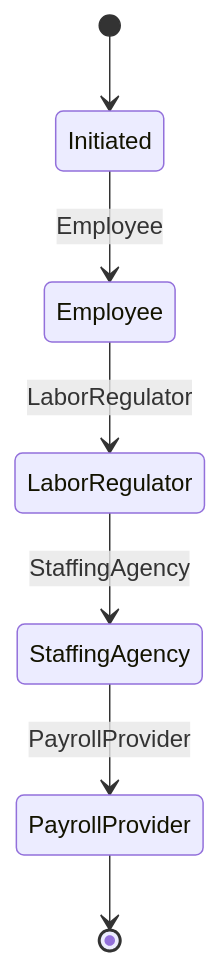
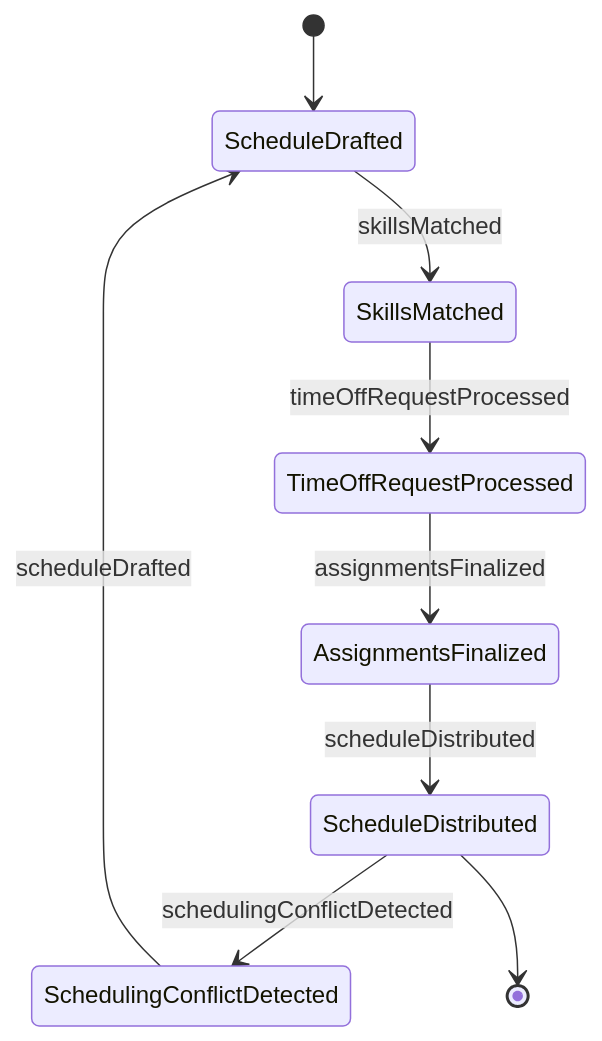
The second of 4 diagrams in GuidingDirectingAndMotivatingSubordinates/AssignWorkToOthers/PrepareStaffSchedulesWorkAssignments.mdx (dot-org-ai/tasks.org.ai), drawn with Mermaid before and after one commit. The commit also changed other lines of this file and 515 other files, not shown here.

````diff
--- a/GuidingDirectingAndMotivatingSubordinates/AssignWorkToOthers/PrepareStaffSchedulesWorkAssignments.mdx
+++ b/GuidingDirectingAndMotivatingSubordinates/AssignWorkToOthers/PrepareStaffSchedulesWorkAssignments.mdx
@@ -98,9 +97,11 @@
 ```mermaid
 stateDiagram-v2
-    [*] --> Initiated
-    Initiated --> Employee: Employee
-    Employee --> LaborRegulator: LaborRegulator
-    LaborRegulator --> StaffingAgency: StaffingAgency
-    StaffingAgency --> PayrollProvider: PayrollProvider
-    PayrollProvider --> [*]
+    [*] --> ScheduleDrafted
+    ScheduleDrafted --> SkillsMatched : skillsMatched
+    SkillsMatched --> TimeOffRequestProcessed : timeOffRequestProcessed
+    TimeOffRequestProcessed --> AssignmentsFinalized : assignmentsFinalized
+    AssignmentsFinalized --> ScheduleDistributed : scheduleDistributed
+    ScheduleDistributed --> SchedulingConflictDetected : schedulingConflictDetected
+    SchedulingConflictDetected --> ScheduleDrafted : scheduleDrafted
+    ScheduleDistributed --> [*]
 ```
````
